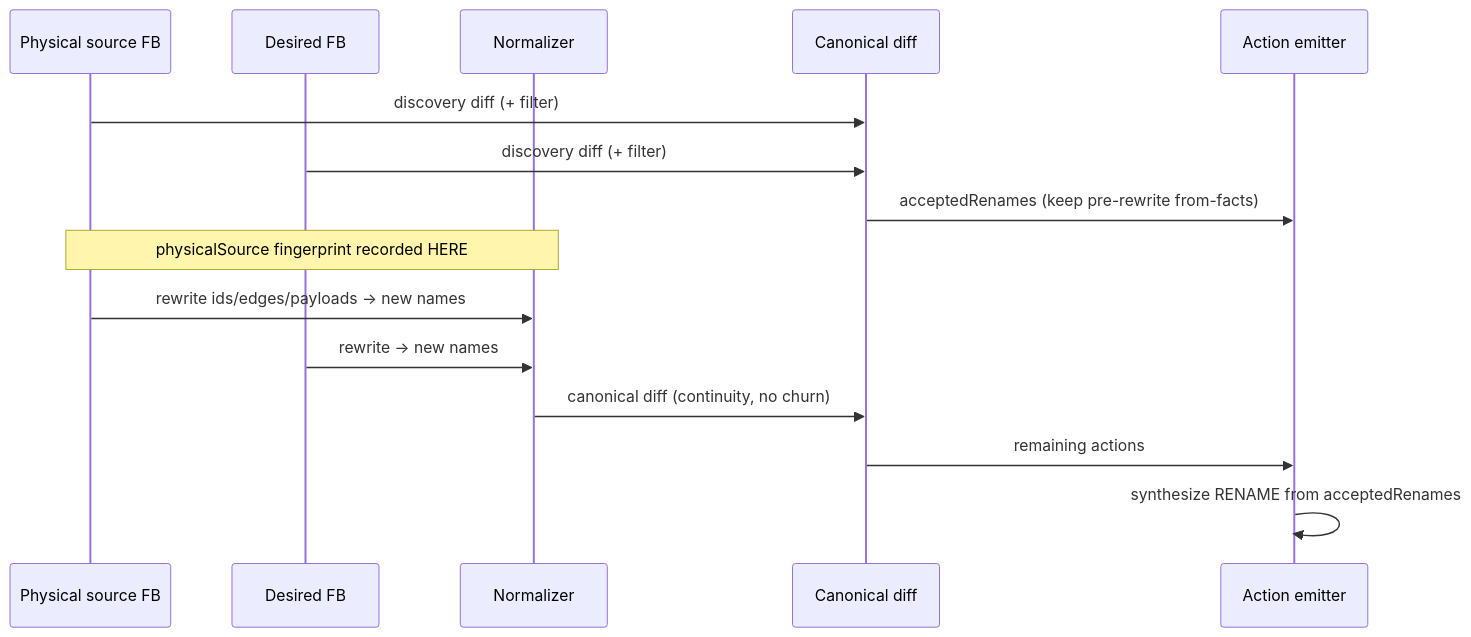
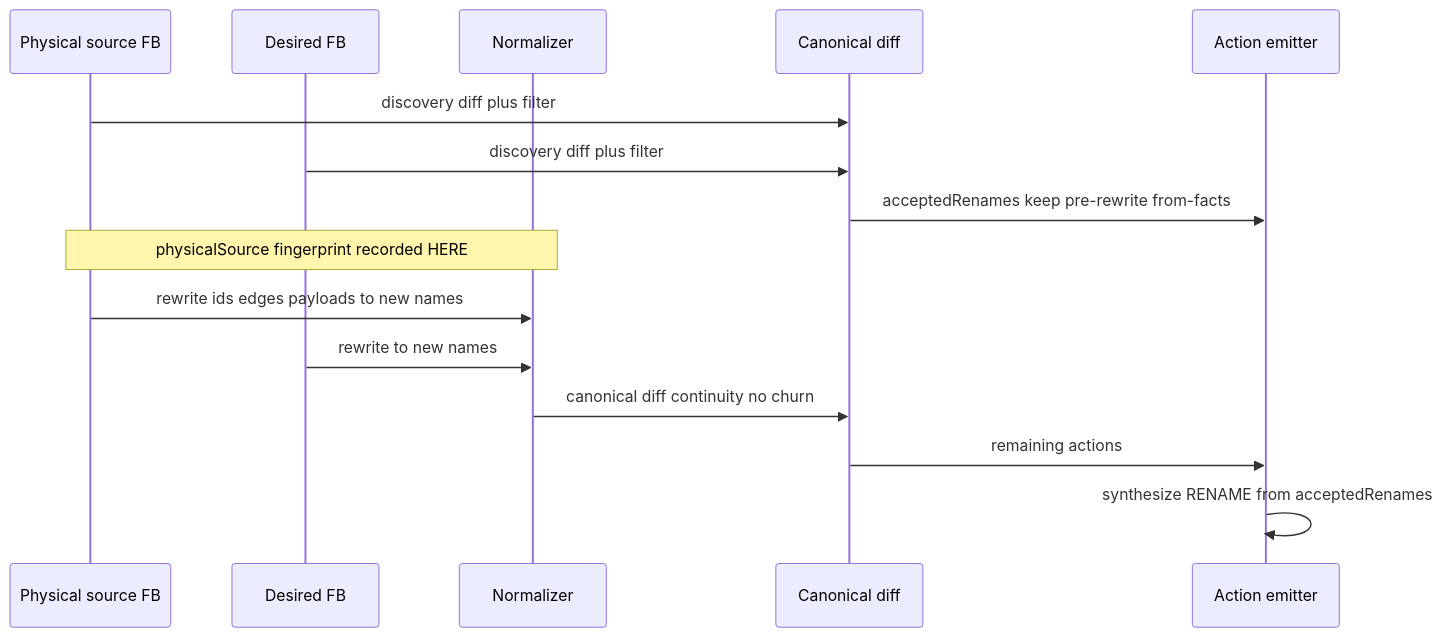
Before and after one commit to 7ttp/pg-toolbelt: the eighth of 11 diagrams in docs/roadmap/agent-tracks/OVERVIEW.md, drawn with Mermaid. The commit also changed other lines of this file and 2 other files, not shown here.

````diff
--- a/docs/roadmap/agent-tracks/OVERVIEW.md
+++ b/docs/roadmap/agent-tracks/OVERVIEW.md
@@ -318,18 +329,18 @@
 ```mermaid
 sequenceDiagram
   participant S as Physical source FB
   participant D as Desired FB
   participant N as Normalizer
   participant Diff as Canonical diff
   participant Em as Action emitter
 
-  S->>Diff: discovery diff (+ filter)
-  D->>Diff: discovery diff (+ filter)
-  Diff->>Em: acceptedRenames (keep pre-rewrite from-facts)
+  S->>Diff: discovery diff plus filter
+  D->>Diff: discovery diff plus filter
+  Diff->>Em: acceptedRenames keep pre-rewrite from-facts
   Note over S,N: physicalSource fingerprint recorded HERE
-  S->>N: rewrite ids/edges/payloads → new names
-  D->>N: rewrite → new names
-  N->>Diff: canonical diff (continuity, no churn)
+  S->>N: rewrite ids edges payloads to new names
+  D->>N: rewrite to new names
+  N->>Diff: canonical diff continuity no churn
   Diff->>Em: remaining actions
   Em->>Em: synthesize RENAME from acceptedRenames
 ```
````
